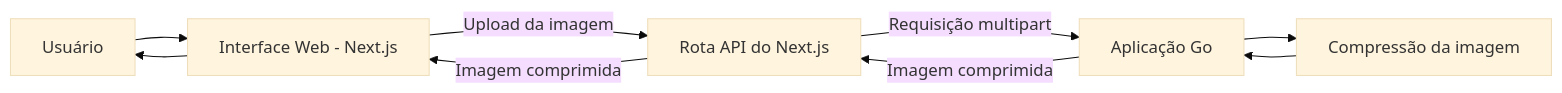
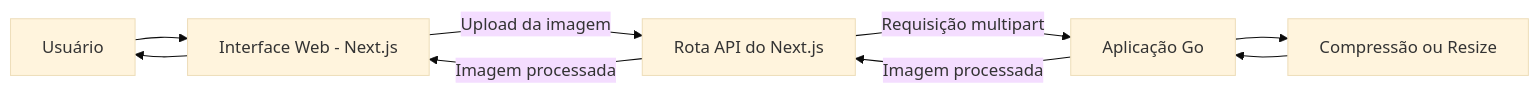
One commit to juniocr26/go-image-optimizer changed the diagram in README.pt-BR.md. Above: the diagram before and after it, drawn with Mermaid (base theme). The commit also changed other lines of this file and 40 other files, not shown here.

````diff
--- a/README.pt-BR.md
+++ b/README.pt-BR.md
@@ -61,11 +61,11 @@
 ```mermaid
 flowchart LR
     U[Usuário] --> F[Interface Web - Next.js]
     F -->|Upload da imagem| N[Rota API do Next.js]
     N -->|Requisição multipart| API[Aplicação Go]
-    API --> C[Compressão da imagem]
+    API --> C[Compressão ou Resize]
     C --> API
-    API -->|Imagem comprimida| N
-    N -->|Imagem comprimida| F
+    API -->|Imagem processada| N
+    N -->|Imagem processada| F
     F --> U
 ```
````
